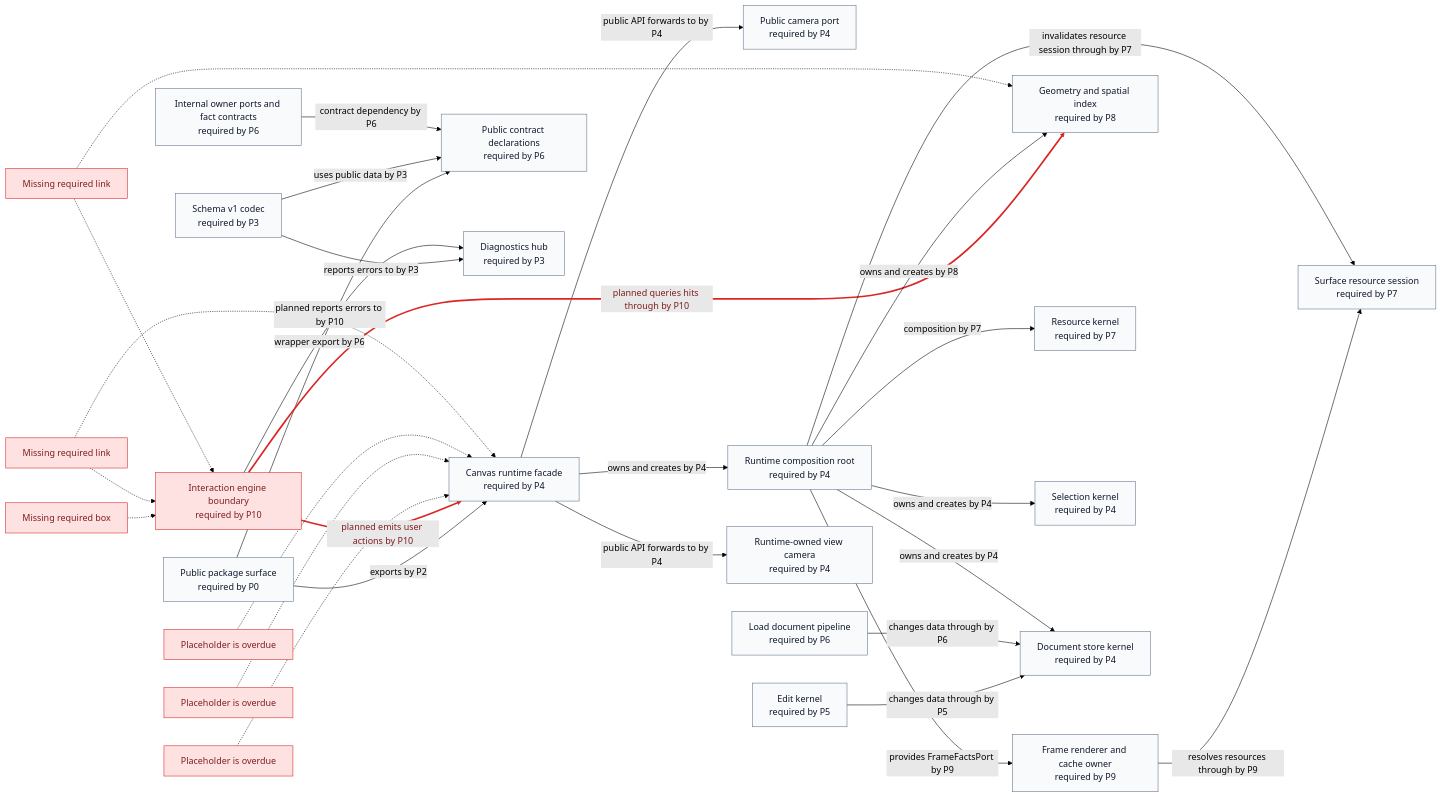
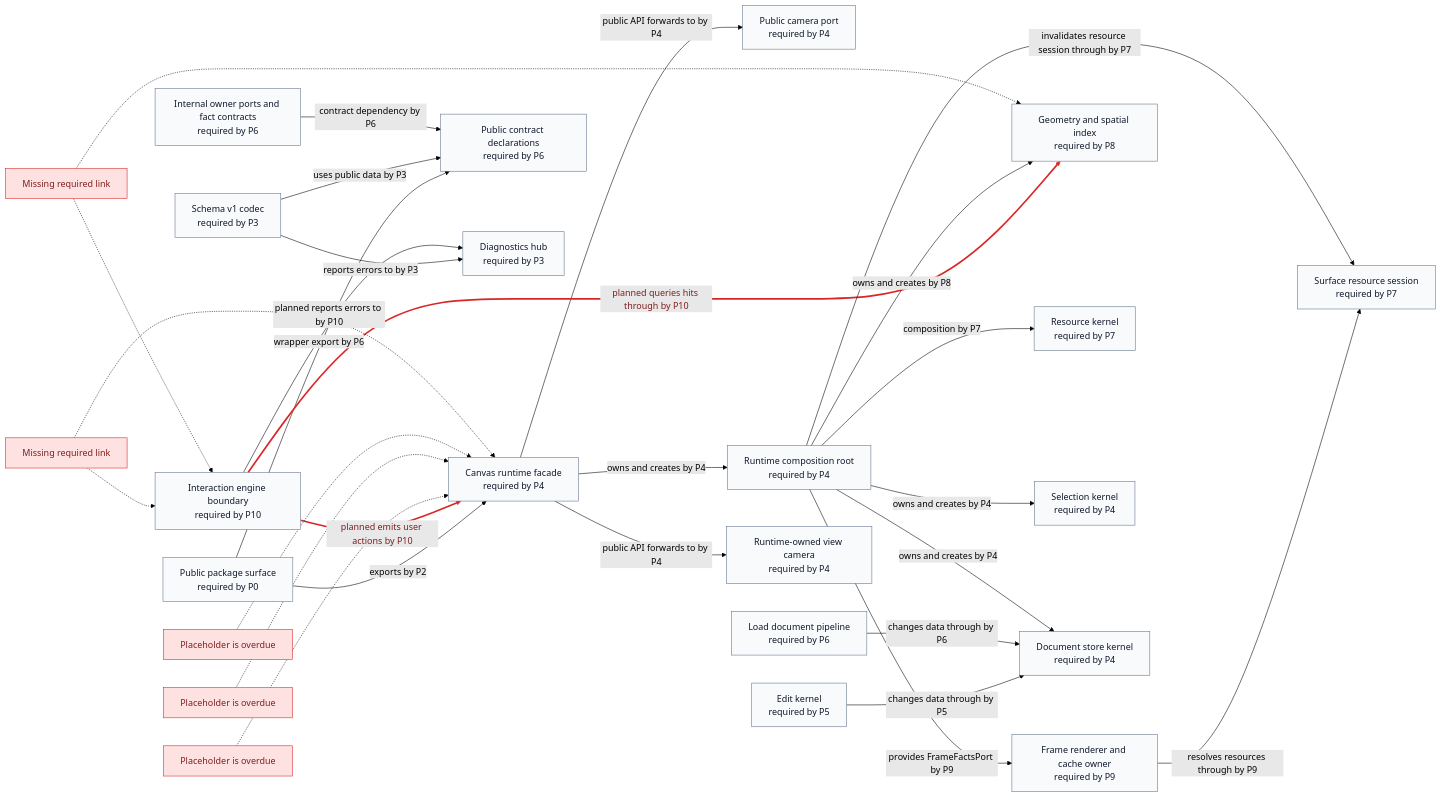
One commit to GreatPika/iwb_canvas_engine changed the diagram in docs/diagrams/generated/actual_vs_expected_diff.mmd. Above: the diagram before and after it, drawn with Mermaid (forest theme). The commit also changed 16 other files, not shown here.

```diff
--- a/docs/diagrams/generated/actual_vs_expected_diff.mmd
+++ b/docs/diagrams/generated/actual_vs_expected_diff.mmd
@@ -1,61 +1,59 @@
 %% GENERATED FILE. Do not edit by hand.
 %% Source: docs/architecture/architecture_graph.yaml
 %% View: Actual vs expected selected phase diff
 %% Selected phase: P10
 flowchart LR
   api_camera_port["Public camera port<br/>required by P4"]:::ok
   api_canvas_runtime["Canvas runtime facade<br/>required by P4"]:::ok
   api_public_surface["Public package surface<br/>required by P0"]:::ok
   codec_schema_v1["Schema v1 codec<br/>required by P3"]:::ok
   contracts_internal_ports["Internal owner ports and fact contracts<br/>required by P6"]:::ok
   contracts_public["Public contract declarations<br/>required by P6"]:::ok
   diagnostics_hub["Diagnostics hub<br/>required by P3"]:::ok
   edit_kernel["Edit kernel<br/>required by P5"]:::ok
   frame_renderer["Frame renderer and cache owner<br/>required by P9"]:::ok
   geometry_spatial_index["Geometry and spatial index<br/>required by P8"]:::ok
-  interaction_engine["Interaction engine boundary<br/>required by P10"]:::violation
+  interaction_engine["Interaction engine boundary<br/>required by P10"]:::ok
   load_document_pipeline["Load document pipeline<br/>required by P6"]:::ok
   resource_kernel["Resource kernel<br/>required by P7"]:::ok
   resource_surface_session["Surface resource session<br/>required by P7"]:::ok
   runtime_root["Runtime composition root<br/>required by P4"]:::ok
   runtime_view_camera["Runtime-owned view camera<br/>required by P4"]:::ok
   selection_kernel["Selection kernel<br/>required by P4"]:::ok
   store_document_kernel["Document store kernel<br/>required by P4"]:::ok
   api_canvas_runtime -->|public API forwards to by P4| runtime_view_camera
   api_canvas_runtime -->|owns and creates by P4| runtime_root
   api_canvas_runtime -->|public API forwards to by P4| api_camera_port
   api_public_surface -->|exports by P2| api_canvas_runtime
   api_public_surface -->|wrapper export by P6| contracts_public
   codec_schema_v1 -->|reports errors to by P3| diagnostics_hub
   codec_schema_v1 -->|uses public data by P3| contracts_public
   contracts_internal_ports -->|contract dependency by P6| contracts_public
   edit_kernel -->|changes data through by P5| store_document_kernel
   frame_renderer -->|resolves resources through by P9| resource_surface_session
   interaction_engine -->|planned emits user actions by P10| api_canvas_runtime
   interaction_engine -->|planned queries hits through by P10| geometry_spatial_index
   interaction_engine -->|planned reports errors to by P10| diagnostics_hub
   load_document_pipeline -->|changes data through by P6| store_document_kernel
   runtime_root -->|owns and creates by P8| geometry_spatial_index
   runtime_root -->|provides FrameFactsPort by P9| frame_renderer
   runtime_root -->|invalidates resource session through by P7| resource_surface_session
   runtime_root -->|composition by P7| resource_kernel
   runtime_root -->|owns and creates by P4| selection_kernel
   runtime_root -->|owns and creates by P4| store_document_kernel
   violation_api_canvas_runtime_commands_future_placeholder["Placeholder is overdue"]:::violation
   violation_api_canvas_runtime_commands_future_placeholder -.-> api_canvas_runtime
   violation_api_canvas_runtime_context_action_requests_future_placeholder["Placeholder is overdue"]:::violation
   violation_api_canvas_runtime_context_action_requests_future_placeholder -.-> api_canvas_runtime
   violation_api_canvas_runtime_tools_future_placeholder["Placeholder is overdue"]:::violation
   violation_api_canvas_runtime_tools_future_placeholder -.-> api_canvas_runtime
-  violation_interaction_engine["Missing required box"]:::violation
-  violation_interaction_engine -.-> interaction_engine
   violation_interaction_engine_emits_user_actions["Missing required link"]:::violation
   violation_interaction_engine_emits_user_actions -.-> interaction_engine
   violation_interaction_engine_emits_user_actions -.-> api_canvas_runtime
   violation_interaction_engine_queries_spatial_index["Missing required link"]:::violation
   violation_interaction_engine_queries_spatial_index -.-> interaction_engine
   violation_interaction_engine_queries_spatial_index -.-> geometry_spatial_index
   classDef ok fill:#f8fafc,stroke:#64748b,color:#0f172a
   classDef violation fill:#fee2e2,stroke:#dc2626,color:#7f1d1d
   linkStyle 10 stroke:#dc2626,stroke-width:3px,color:#7f1d1d
   linkStyle 11 stroke:#dc2626,stroke-width:3px,color:#7f1d1d
```
